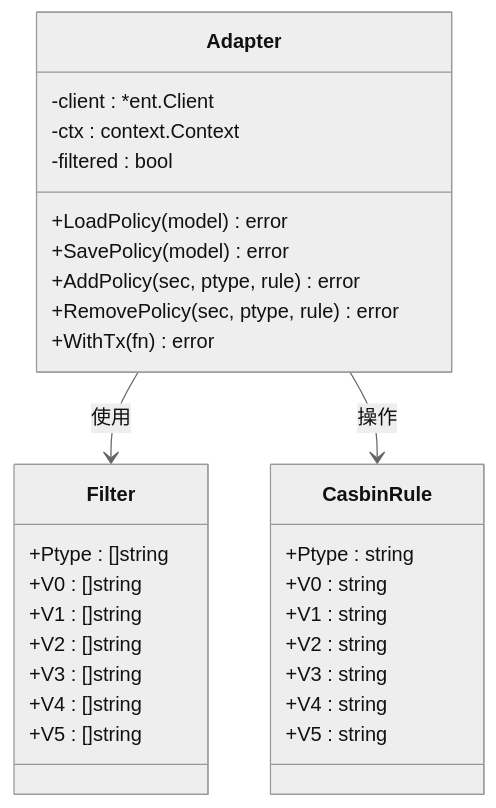
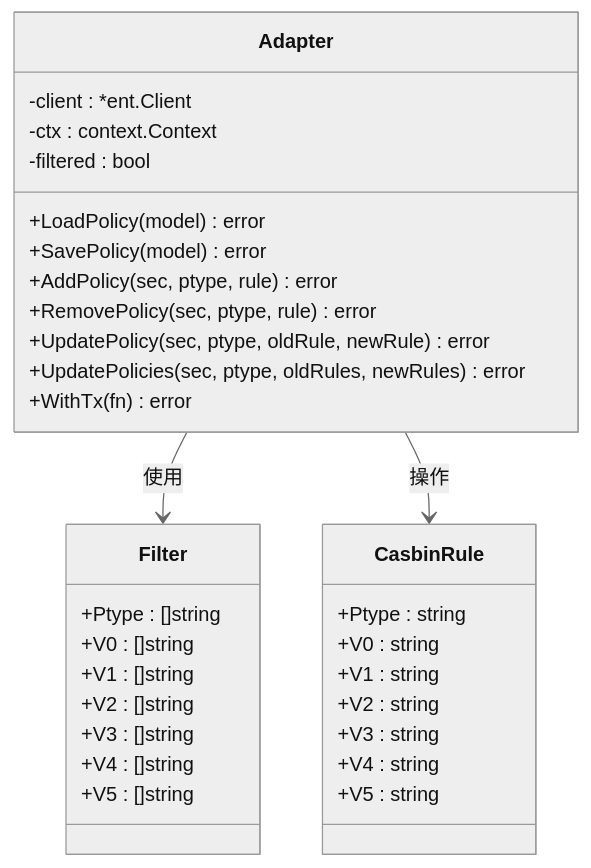
One commit to wuwuseo/e-sports-go-admin changed the third of 9 diagrams in .qoder/repowiki/zh/content/权限管理系统/Casbin权限引擎集成.md. Above: the diagram before and after it, drawn with Mermaid (neutral theme). The commit also changed other lines of this file and 26 other files, not shown here.

````diff
--- a/.qoder/repowiki/zh/content/权限管理系统/Casbin权限引擎集成.md
+++ b/.qoder/repowiki/zh/content/权限管理系统/Casbin权限引擎集成.md
@@ -177,33 +204,35 @@
 ```mermaid
 classDiagram
 class Adapter {
 -client : *ent.Client
 -ctx : context.Context
 -filtered : bool
 +LoadPolicy(model) error
 +SavePolicy(model) error
 +AddPolicy(sec, ptype, rule) error
 +RemovePolicy(sec, ptype, rule) error
++UpdatePolicy(sec, ptype, oldRule, newRule) error
++UpdatePolicies(sec, ptype, oldRules, newRules) error
 +WithTx(fn) error
 }
 class Filter {
 +Ptype : []string
 +V0 : []string
 +V1 : []string
 +V2 : []string
 +V3 : []string
 +V4 : []string
 +V5 : []string
 }
 class CasbinRule {
 +Ptype : string
 +V0 : string
 +V1 : string
 +V2 : string
 +V3 : string
 +V4 : string
 +V5 : string
 }
 Adapter --> Filter : 使用
 Adapter --> CasbinRule : 操作
 ```
````
